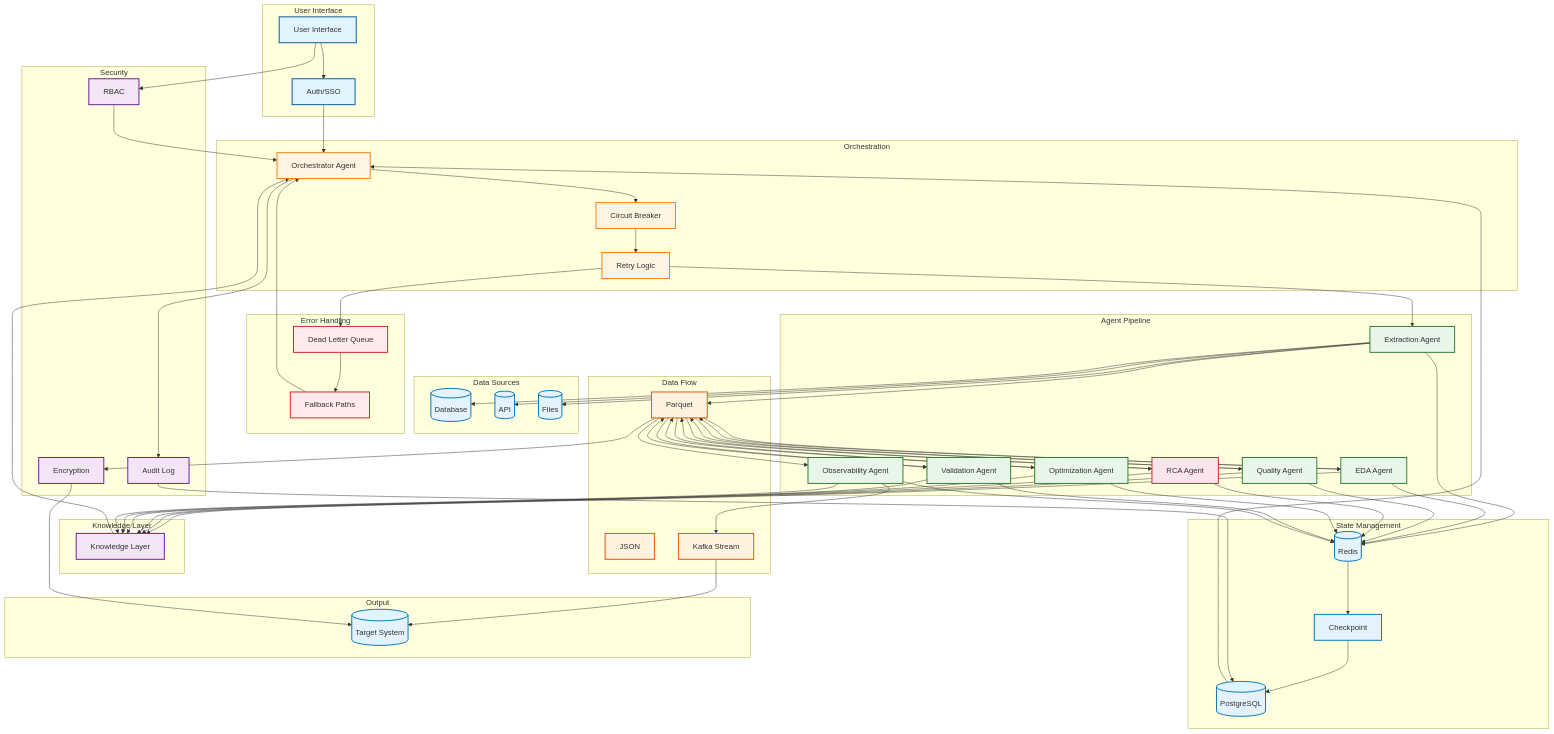
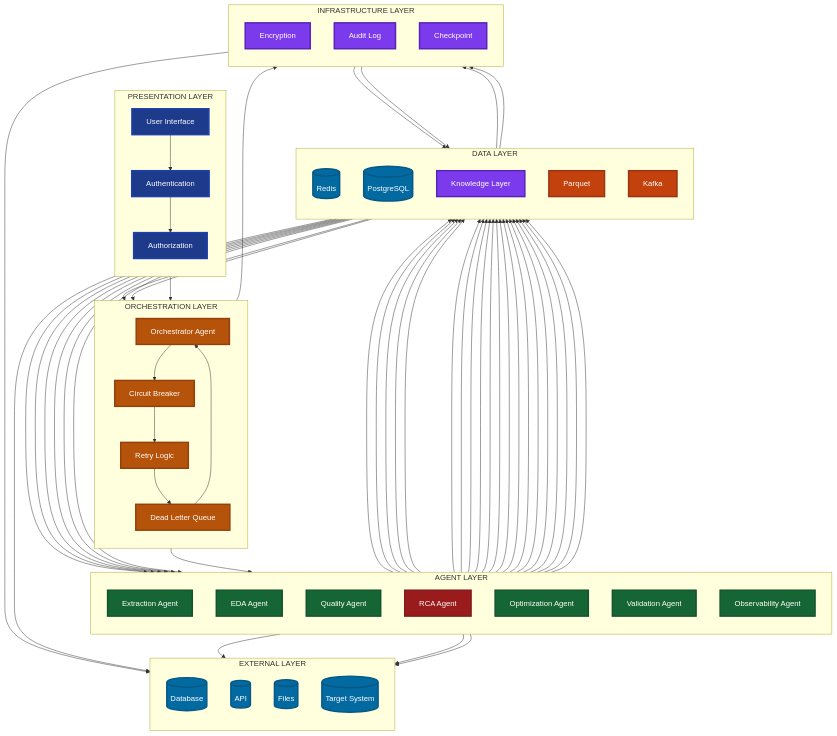
The diagram in architecture-diagram.md (najiatasleem/agentic-de-lifecycle), drawn with Mermaid before and after one commit.

Commit message:
Create high-end consulting-style architecture diagram with strategic layering

````diff
--- a/architecture-diagram.md
+++ b/architecture-diagram.md
@@ -5,23 +5,22 @@
 ```mermaid
 graph TB
-    subgraph "User Interface"
+    subgraph "PRESENTATION LAYER"
+        direction TB
         UI[User Interface]
-        AUTH[Auth/SSO]
+        AUTH[Authentication]
+        RBAC[Authorization]
     end
     
-    subgraph "Orchestration"
+    subgraph "ORCHESTRATION LAYER"
+        direction TB
         ORCH[Orchestrator Agent]
         CB[Circuit Breaker]
         RETRY[Retry Logic]
+        DLQ[Dead Letter Queue]
     end
     
-    subgraph "Data Sources"
-        DB[(Database)]
-        API[(API)]
-        FILES[(Files)]
-    end
-    
-    subgraph "Agent Pipeline"
+    subgraph "AGENT LAYER"
+        direction TB
         INGEST[Extraction Agent]
         EDA[EDA Agent]
         DQ[Quality Agent]
@@ -31,42 +30,39 @@
         OBS[Observability Agent]
     end
     
-    subgraph "Error Handling"
-        DLQ[Dead Letter Queue]
-        FALLBACK[Fallback Paths]
+    subgraph "DATA LAYER"
+        direction TB
+        REDIS[(Redis)]
+        PG[(PostgreSQL)]
+        KNOW[Knowledge Layer]
+        PARQUET[Parquet]
+        KAFKA[Kafka]
     end
     
-    subgraph "State Management"
-        REDIS[(Redis)]
-        PG[(PostgreSQL)]
+    subgraph "INFRASTRUCTURE LAYER"
+        direction TB
+        ENC[Encryption]
+        AUDIT[Audit Log]
         CHECK[Checkpoint]
     end
     
-    subgraph "Knowledge Layer"
-        KNOW[Knowledge Layer]
-    end
-    
-    subgraph "Security"
-        ENC[Encryption]
-        RBAC[RBAC]
-        AUDIT[Audit Log]
-    end
-    
-    subgraph "Data Flow"
-        PARQUET[Parquet]
-        JSON[JSON]
-        KAFKA[Kafka Stream]
-    end
-    
-    subgraph "Output"
+    subgraph "EXTERNAL LAYER"
+        direction TB
+        DB[(Database)]
+        API[(API)]
+        FILES[(Files)]
         TARGET[(Target System)]
     end
     
     UI --> AUTH
-    AUTH --> ORCH
+    AUTH --> RBAC
+    RBAC --> ORCH
+    
     ORCH --> CB
     CB --> RETRY
     RETRY --> INGEST
+    RETRY --> DLQ
+    DLQ --> ORCH
     
     INGEST --> DB
     INGEST --> API
@@ -87,10 +83,6 @@
     OBS --> KAFKA
     KAFKA --> TARGET
     
-    RETRY --> DLQ
-    DLQ --> FALLBACK
-    FALLBACK --> ORCH
-    
     INGEST --> REDIS
     EDA --> REDIS
     DQ --> REDIS
@@ -102,8 +94,6 @@
     REDIS --> CHECK
     CHECK --> PG
     
-    PG --> ORCH
-    
     EDA --> KNOW
     DQ --> KNOW
     RCA --> KNOW
@@ -112,40 +102,37 @@
     OBS --> KNOW
     
     KNOW --> ORCH
+    PG --> ORCH
     
-    UI --> RBAC
-    RBAC --> ORCH
     PARQUET --> ENC
     ENC --> TARGET
     ORCH --> AUDIT
     AUDIT --> PG
     
-    style UI fill:#e1f5ff,stroke:#01579b,stroke-width:2px
-    style AUTH fill:#e1f5ff,stroke:#01579b,stroke-width:2px
-    style ORCH fill:#fff4e1,stroke:#f57f17,stroke-width:2px
-    style CB fill:#fff4e1,stroke:#f57f17,stroke-width:2px
-    style RETRY fill:#fff4e1,stroke:#f57f17,stroke-width:2px
-    style INGEST fill:#e8f5e9,stroke:#2e7d32,stroke-width:2px
-    style EDA fill:#e8f5e9,stroke:#2e7d32,stroke-width:2px
-    style DQ fill:#e8f5e9,stroke:#2e7d32,stroke-width:2px
-    style RCA fill:#fce4ec,stroke:#c62828,stroke-width:2px
-    style OPT fill:#e8f5e9,stroke:#2e7d32,stroke-width:2px
-    style VAL fill:#e8f5e9,stroke:#2e7d32,stroke-width:2px
-    style OBS fill:#e8f5e9,stroke:#2e7d32,stroke-width:2px
-    style DLQ fill:#ffebee,stroke:#c62828,stroke-width:2px
-    style FALLBACK fill:#ffebee,stroke:#c62828,stroke-width:2px
-    style REDIS fill:#e3f2fd,stroke:#0277bd,stroke-width:2px
-    style PG fill:#e3f2fd,stroke:#0277bd,stroke-width:2px
-    style CHECK fill:#e3f2fd,stroke:#0277bd,stroke-width:2px
-    style KNOW fill:#f3e5f5,stroke:#6a1b9a,stroke-width:2px
-    style ENC fill:#f3e5f5,stroke:#6a1b9a,stroke-width:2px
-    style RBAC fill:#f3e5f5,stroke:#6a1b9a,stroke-width:2px
-    style AUDIT fill:#f3e5f5,stroke:#6a1b9a,stroke-width:2px
-    style PARQUET fill:#fff3e0,stroke:#e65100,stroke-width:2px
-    style JSON fill:#fff3e0,stroke:#e65100,stroke-width:2px
-    style KAFKA fill:#fff3e0,stroke:#e65100,stroke-width:2px
-    style DB fill:#e3f2fd,stroke:#0277bd,stroke-width:2px
-    style API fill:#e3f2fd,stroke:#0277bd,stroke-width:2px
-    style FILES fill:#e3f2fd,stroke:#0277bd,stroke-width:2px
-    style TARGET fill:#e3f2fd,stroke:#0277bd,stroke-width:2px
+    style UI fill:#1e3a8a,stroke:#1e40af,stroke-width:3px,color:#ffffff
+    style AUTH fill:#1e3a8a,stroke:#1e40af,stroke-width:3px,color:#ffffff
+    style RBAC fill:#1e3a8a,stroke:#1e40af,stroke-width:3px,color:#ffffff
+    style ORCH fill:#b45309,stroke:#92400e,stroke-width:3px,color:#ffffff
+    style CB fill:#b45309,stroke:#92400e,stroke-width:3px,color:#ffffff
+    style RETRY fill:#b45309,stroke:#92400e,stroke-width:3px,color:#ffffff
+    style DLQ fill:#b45309,stroke:#92400e,stroke-width:3px,color:#ffffff
+    style INGEST fill:#166534,stroke:#14532d,stroke-width:3px,color:#ffffff
+    style EDA fill:#166534,stroke:#14532d,stroke-width:3px,color:#ffffff
+    style DQ fill:#166534,stroke:#14532d,stroke-width:3px,color:#ffffff
+    style RCA fill:#991b1b,stroke:#7f1d1d,stroke-width:3px,color:#ffffff
+    style OPT fill:#166534,stroke:#14532d,stroke-width:3px,color:#ffffff
+    style VAL fill:#166534,stroke:#14532d,stroke-width:3px,color:#ffffff
+    style OBS fill:#166534,stroke:#14532d,stroke-width:3px,color:#ffffff
+    style REDIS fill:#0369a1,stroke:#075985,stroke-width:3px,color:#ffffff
+    style PG fill:#0369a1,stroke:#075985,stroke-width:3px,color:#ffffff
+    style KNOW fill:#7c3aed,stroke:#5b21b6,stroke-width:3px,color:#ffffff
+    style PARQUET fill:#c2410c,stroke:#9a3412,stroke-width:3px,color:#ffffff
+    style KAFKA fill:#c2410c,stroke:#9a3412,stroke-width:3px,color:#ffffff
+    style ENC fill:#7c3aed,stroke:#5b21b6,stroke-width:3px,color:#ffffff
+    style AUDIT fill:#7c3aed,stroke:#5b21b6,stroke-width:3px,color:#ffffff
+    style CHECK fill:#7c3aed,stroke:#5b21b6,stroke-width:3px,color:#ffffff
+    style DB fill:#0369a1,stroke:#075985,stroke-width:3px,color:#ffffff
+    style API fill:#0369a1,stroke:#075985,stroke-width:3px,color:#ffffff
+    style FILES fill:#0369a1,stroke:#075985,stroke-width:3px,color:#ffffff
+    style TARGET fill:#0369a1,stroke:#075985,stroke-width:3px,color:#ffffff
 ```
````
